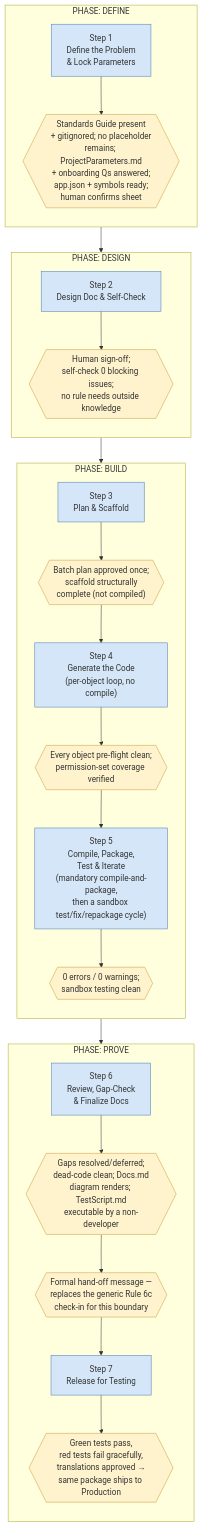
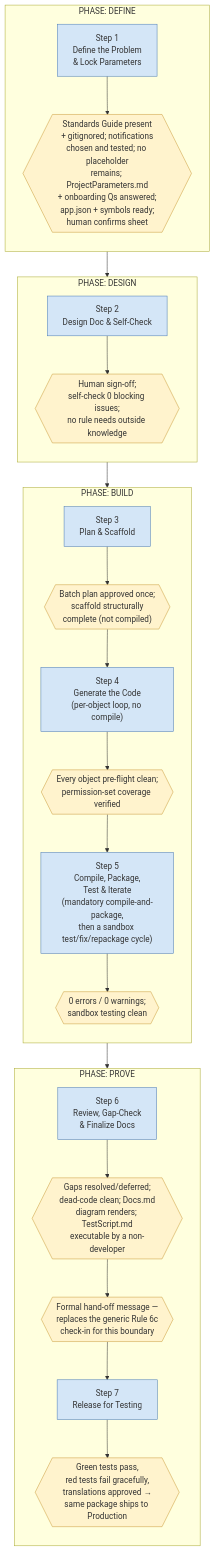
Before and after one commit to ajansari/ocpfBcAgenticDevFramework: the second of 7 diagrams in liteVersion/LITE_RunbookSchematics.md, drawn with Mermaid. The commit also changed other lines of this file and 17 other files, not shown here.

````diff
--- a/liteVersion/LITE_RunbookSchematics.md
+++ b/liteVersion/LITE_RunbookSchematics.md
@@ -71,38 +71,38 @@
 ```mermaid
 flowchart TD
     subgraph DEFINE["PHASE: DEFINE"]
         direction TB
-        S1["Step 1<br/>Define the Problem<br/>& Lock Parameters"] --> G_S1{{"Standards Guide present<br/>+ gitignored; no placeholder<br/>remains; ProjectParameters.md<br/>+ onboarding Qs answered;<br/>app.json + symbols ready;<br/>human confirms sheet"}}
+        S1["Step 1<br/>Define the Problem<br/>& Lock Parameters"] --> G_S1{{"Standards Guide present<br/>+ gitignored; notifications<br/>chosen and tested; no placeholder<br/>remains; ProjectParameters.md<br/>+ onboarding Qs answered;<br/>app.json + symbols ready;<br/>human confirms sheet"}}
     end
 
     subgraph DESIGN["PHASE: DESIGN"]
         direction TB
         S2["Step 2<br/>Design Doc & Self-Check"] --> G_S2{{"Human sign-off;<br/>self-check 0 blocking issues;<br/>no rule needs outside knowledge"}}
     end
 
     subgraph BUILD["PHASE: BUILD"]
         direction TB
         S3["Step 3<br/>Plan & Scaffold"] --> G_S3{{"Batch plan approved once;<br/>scaffold structurally<br/>complete (not compiled)"}}
         G_S3 --> S4["Step 4<br/>Generate the Code<br/>(per-object loop, no compile)"]
         S4 --> G_S4{{"Every object pre-flight clean;<br/>permission-set coverage verified"}}
         G_S4 --> S5["Step 5<br/>Compile, Package,<br/>Test & Iterate<br/>(mandatory compile-and-package,<br/>then a sandbox test/fix/repackage cycle)"]
         S5 --> G_S5{{"0 errors / 0 warnings;<br/>sandbox testing clean"}}
     end
 
     subgraph PROVE["PHASE: PROVE"]
         direction TB
         S6["Step 6<br/>Review, Gap-Check<br/>& Finalize Docs"] --> G_S6{{"Gaps resolved/deferred;<br/>dead-code clean; Docs.md<br/>diagram renders; TestScript.md<br/>executable by a non-developer"}}
         G_S6 --> HandOff{{"Formal hand-off message —<br/>replaces the generic Rule 6c<br/>check-in for this boundary"}}
         HandOff --> S7["Step 7<br/>Release for Testing"]
         S7 --> G_S7{{"Green tests pass,<br/>red tests fail gracefully,<br/>translations approved →<br/>same package ships to Production"}}
     end
 
     G_S1 --> S2
     G_S2 --> S3
     G_S5 --> S6
 
     classDef step fill:#d4e6f7,stroke:#4a7ab5,stroke-width:1px;
     classDef gate fill:#fff3cd,stroke:#c99a3a,stroke-width:1px;
     class S1,S2,S3,S4,S5,S6,S7 step;
     class G_S1,G_S2,G_S3,G_S4,G_S5,G_S6,G_S7,HandOff gate;
 ```
````
